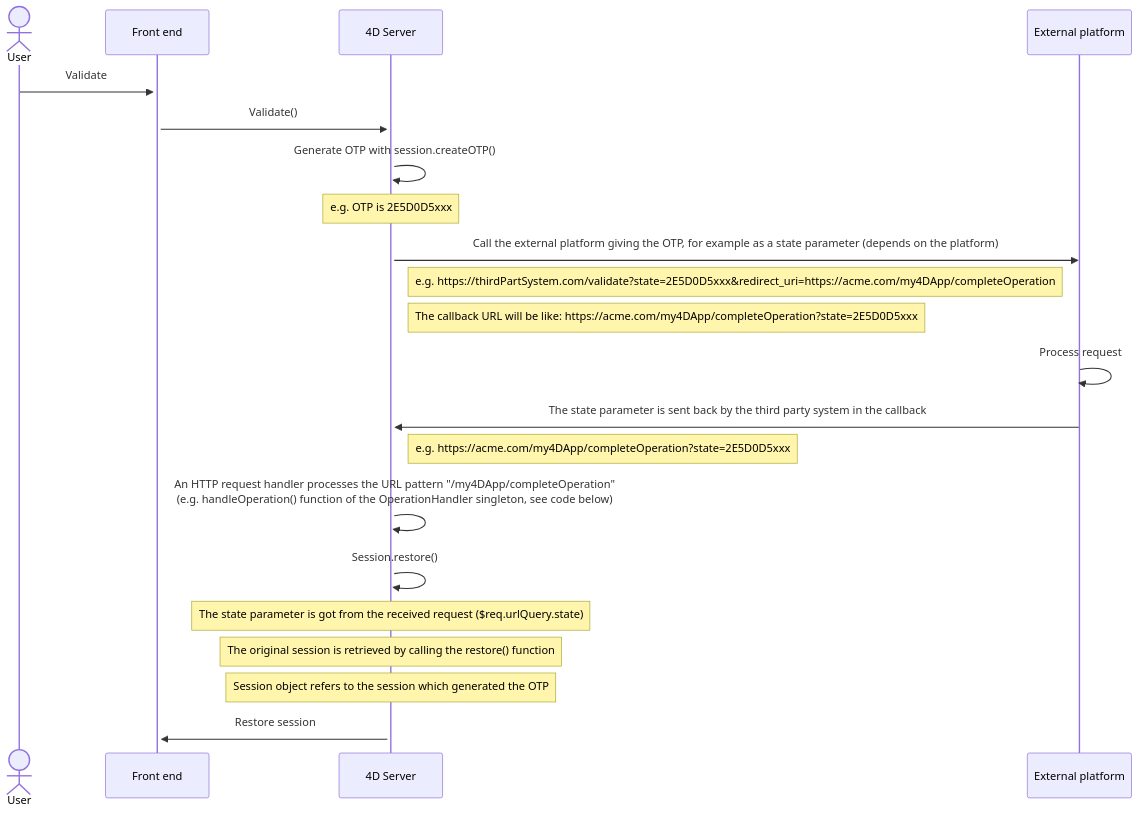
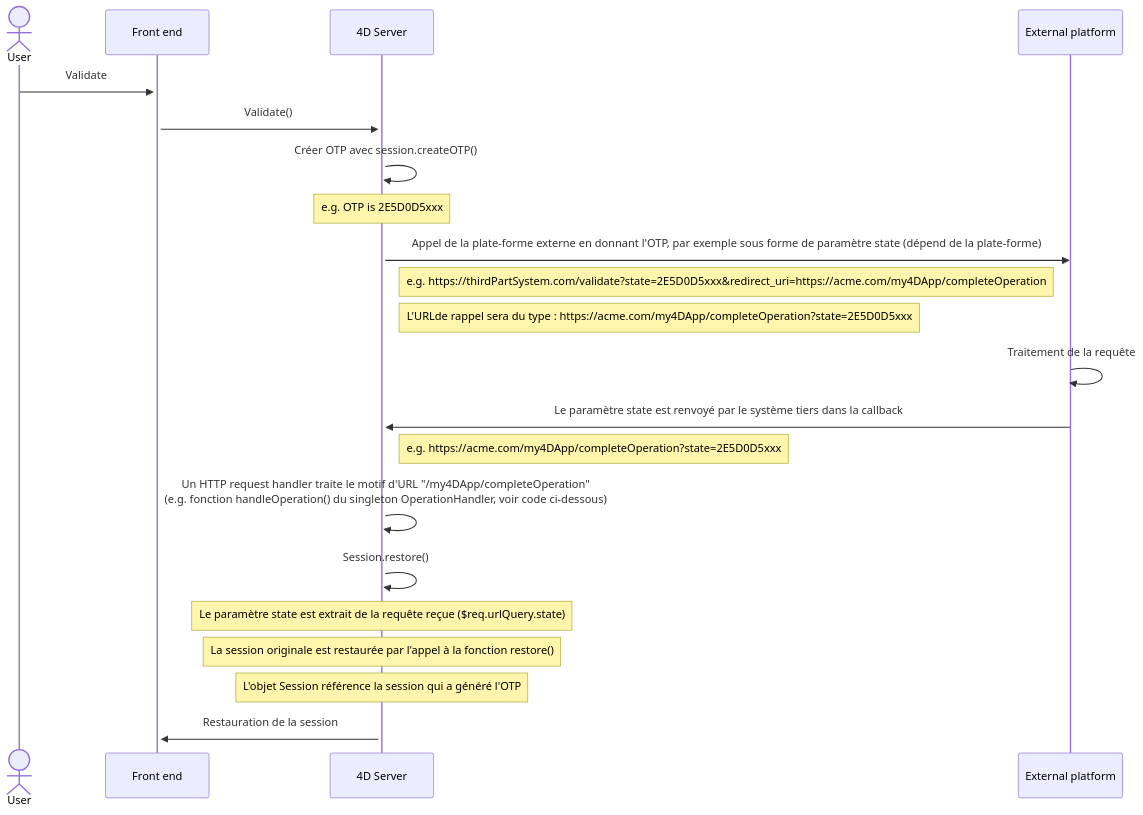
Before and after one commit to doc4d/docs: the second of 2 diagrams in i18n/fr/docusaurus-plugin-content-docs/current/WebServer/sessions.md, drawn with Mermaid. The commit also changed other lines of this file, not shown here.

````diff
--- a/i18n/fr/docusaurus-plugin-content-docs/current/WebServer/sessions.md
+++ b/i18n/fr/docusaurus-plugin-content-docs/current/WebServer/sessions.md
@@ -336,32 +336,32 @@
 ```mermaid
 sequenceDiagram
   Actor User as User
   participant FrontEnd as Front end
   participant 4DServer as 4D Server
   participant ExternalPlatform as External platform
 
   User ->>+ FrontEnd: Validate
   FrontEnd ->>+ 4DServer: Validate()
 
 
-    4DServer ->> 4DServer: Generate OTP with session.createOTP()
+    4DServer ->> 4DServer: Créer OTP avec session.createOTP()
     Note over 4DServer: e.g. OTP is 2E5D0D5xxx
 
-  4DServer ->> ExternalPlatform: Call the external platform giving the OTP, for example as a state parameter (depends on the platform)
+  4DServer ->> ExternalPlatform: Appel de la plate-forme externe en donnant l'OTP, par exemple sous forme de paramètre state (dépend de la plate-forme)
     Note right of 4DServer: e.g. https://thirdPartSystem.com/validate?state=2E5D0D5xxx&redirect_uri=https://acme.com/my4DApp/completeOperation
-      Note right of 4DServer: The callback URL will be like: https://acme.com/my4DApp/completeOperation?state=2E5D0D5xxx
- ExternalPlatform ->> ExternalPlatform: Process request
-  ExternalPlatform ->> 4DServer: The state parameter is sent back by the third party system in the callback
+      Note right of 4DServer: L'URLde rappel sera du type : https://acme.com/my4DApp/completeOperation?state=2E5D0D5xxx
+ ExternalPlatform ->> ExternalPlatform: Traitement de la requête
+  ExternalPlatform ->> 4DServer: Le paramètre state est renvoyé par le système tiers dans la callback
         Note right of 4DServer: e.g. https://acme.com/my4DApp/completeOperation?state=2E5D0D5xxx
- 4DServer ->> 4DServer: An HTTP request handler processes the URL pattern "/my4DApp/completeOperation"<br/> (e.g. handleOperation() function of the OperationHandler singleton, see code below)
+ 4DServer ->> 4DServer: Un HTTP request handler traite le motif d'URL "/my4DApp/completeOperation"<br/> (e.g. fonction handleOperation() du singleton OperationHandler, voir code ci-dessous)
 
 4DServer ->> 4DServer: Session.restore()
 
 
- Note over 4DServer:The state parameter is got from the received request ($req.urlQuery.state)
-   Note over 4DServer:The original session is retrieved by calling the restore() function
-  Note over 4DServer:Session object refers to the session which generated the OTP
-   4DServer ->>+ FrontEnd: Restore session
+ Note over 4DServer:Le paramètre state est extrait de la requête reçue ($req.urlQuery.state)
+   Note over 4DServer:La session originale est restaurée par l'appel à la fonction restore()
+  Note over 4DServer: L'objet Session référence la session qui a généré l'OTP
+   4DServer ->>+ FrontEnd: Restauration de la session
 
 
 ```
````
